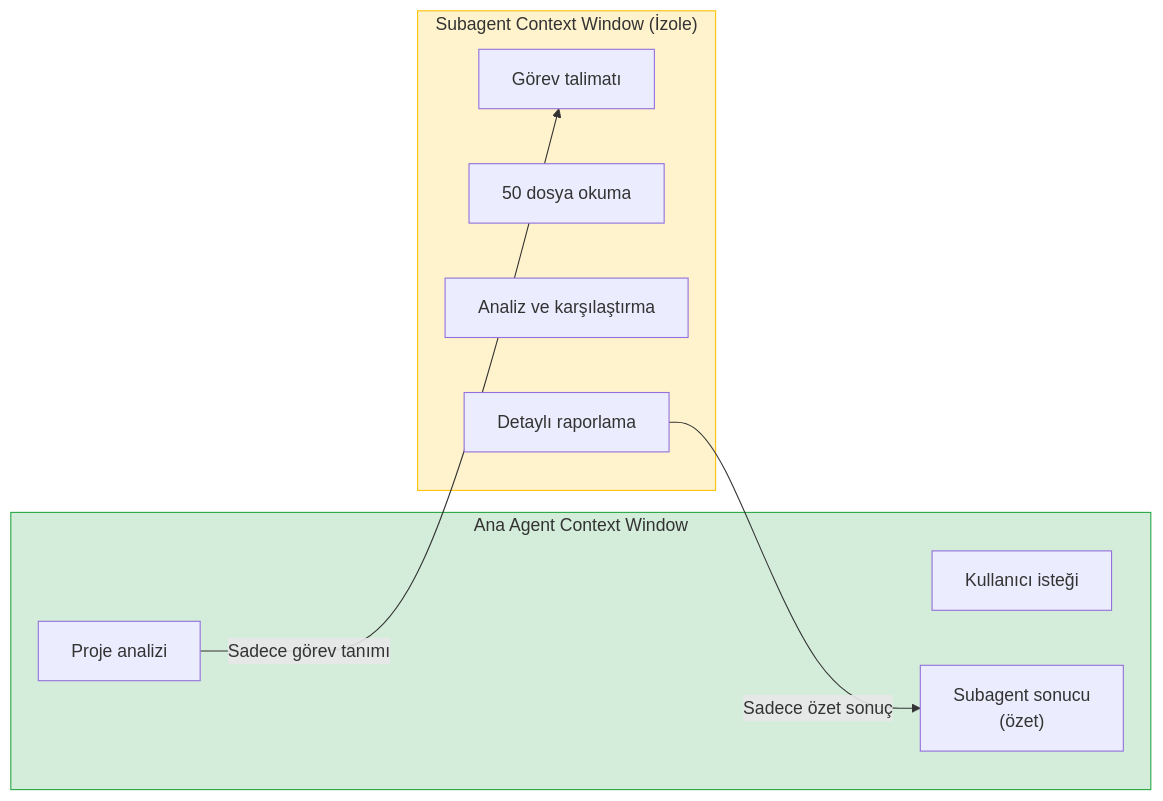
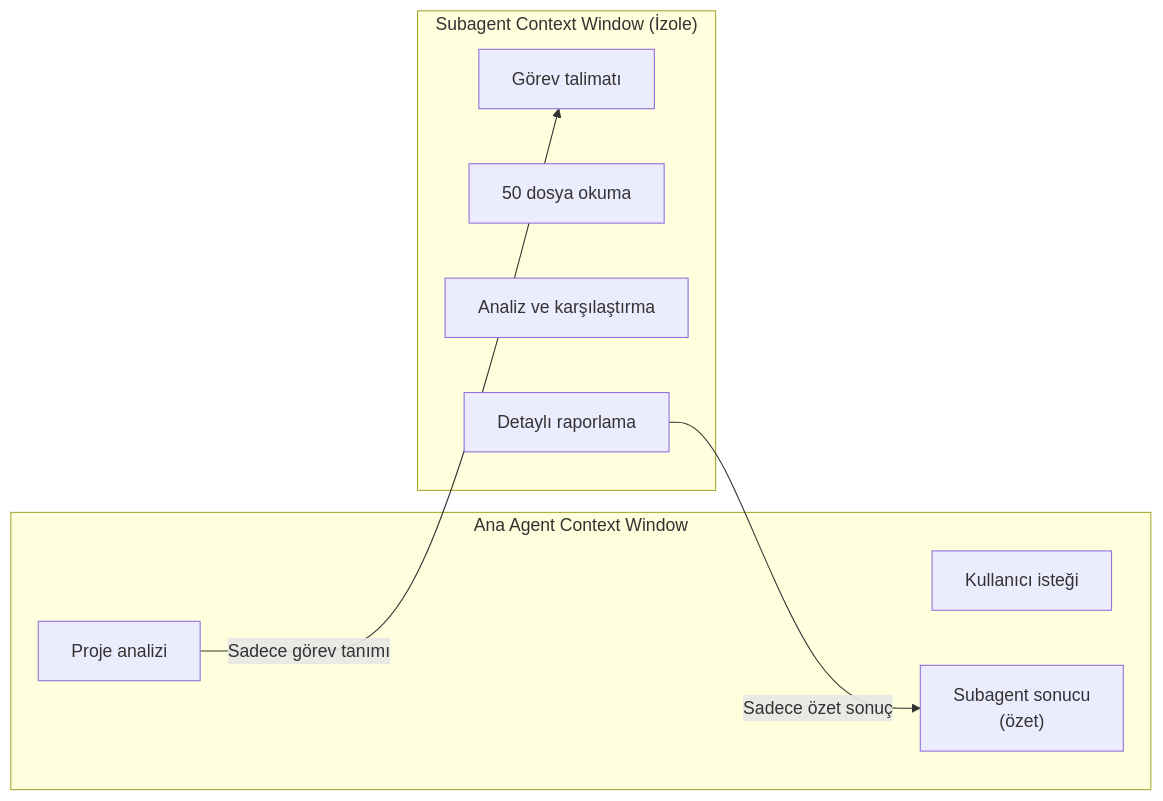
Before and after one commit to IzzetYasinAtes/ClaudeCodeHandbook: the second of 8 diagrams in 13-subagentlar-ve-agent-takimlari/01-subagent-nedir.md, drawn with Mermaid. The commit also changed other lines of this file and 97 other files, not shown here.

Commit message:
Remove all custom Mermaid style/fill colors from 98 markdown files for consistent dark theme rendering

````diff
--- a/13-subagentlar-ve-agent-takimlari/01-subagent-nedir.md
+++ b/13-subagentlar-ve-agent-takimlari/01-subagent-nedir.md
@@ -47,21 +43,19 @@
 ```mermaid
 flowchart LR
     subgraph parent ["Ana Agent Context Window"]
         P1["Kullanıcı isteği"]
         P2["Proje analizi"]
         P3["Subagent sonucu<br/>(özet)"]
     end
 
     subgraph sub ["Subagent Context Window (İzole)"]
         S1["Görev talimatı"]
         S2["50 dosya okuma"]
         S3["Analiz ve karşılaştırma"]
         S4["Detaylı raporlama"]
     end
 
     P2 --> |"Sadece görev tanımı"| S1
     S4 --> |"Sadece özet sonuç"| P3
 
-    style parent fill:#d4edda,stroke:#28a745
-    style sub fill:#fff3cd,stroke:#ffc107
 ```
````
